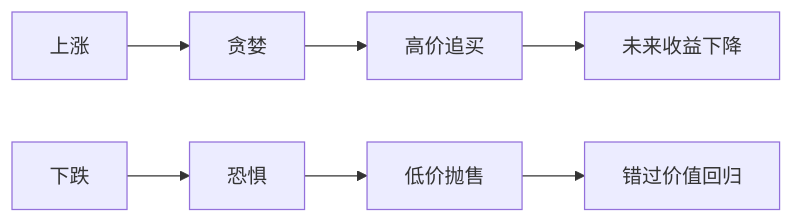
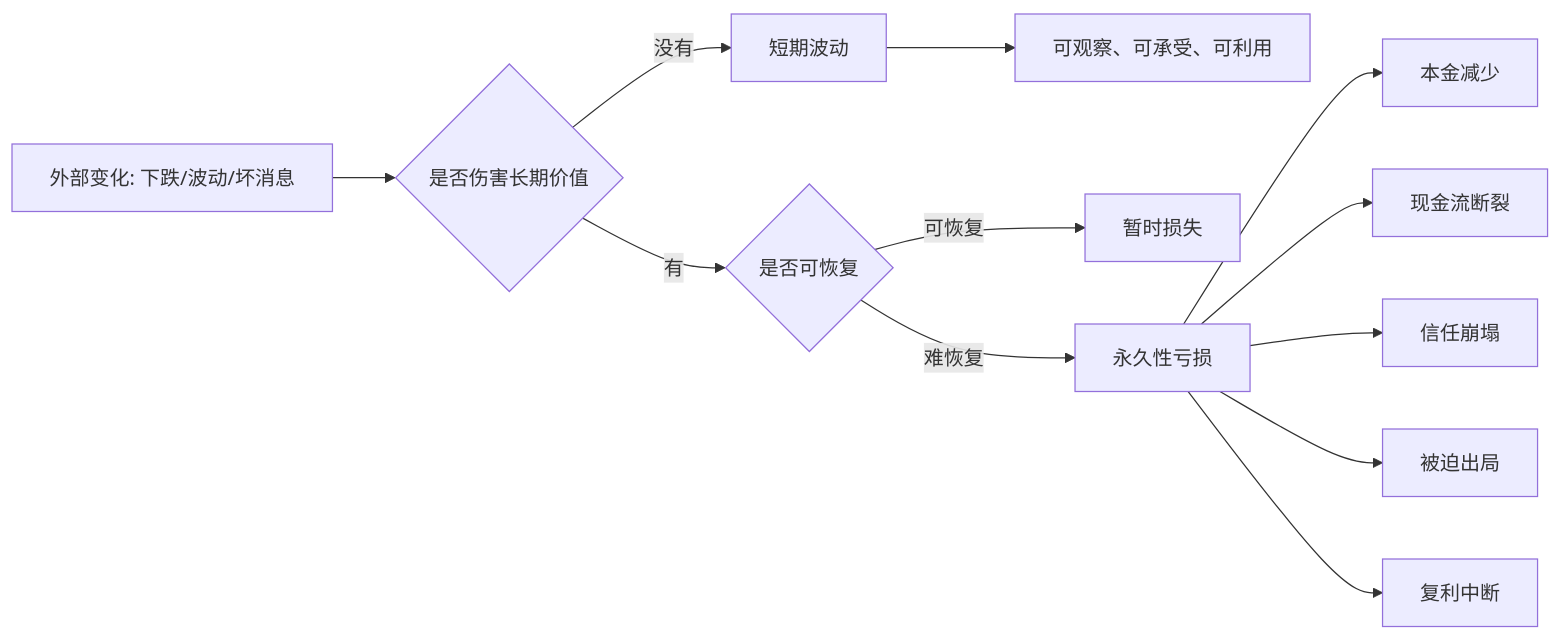
One commit to digoal/blog changed the diagram in 202605/20260519_04.md. Above: the diagram before and after it, drawn with Mermaid. The commit also changed other lines of this file and 51 other files, not shown here.

````diff
--- a/202605/20260519_04.md
+++ b/202605/20260519_04.md
@@ -22,9 +24,16 @@
 ```mermaid
 flowchart LR
-  A["上涨"] --> B["贪婪"]
-  B --> C["高价追买"]
-  C --> D["未来收益下降"]
-  E["下跌"] --> F["恐惧"]
-  F --> G["低价抛售"]
-  G --> H["错过价值回归"]
+  A["外部变化: 下跌/波动/坏消息"] --> B{"是否伤害长期价值"}
+  B -- "没有" --> C["短期波动"]
+  C --> D["可观察、可承受、可利用"]
+
+  B -- "有" --> E{"是否可恢复"}
+  E -- "可恢复" --> F["暂时损失"]
+  E -- "难恢复" --> G["永久性亏损"]
+
+  G --> H["本金减少"]
+  G --> I["现金流断裂"]
+  G --> J["信任崩塌"]
+  G --> K["被迫出局"]
+  G --> L["复利中断"]
 ```
````
